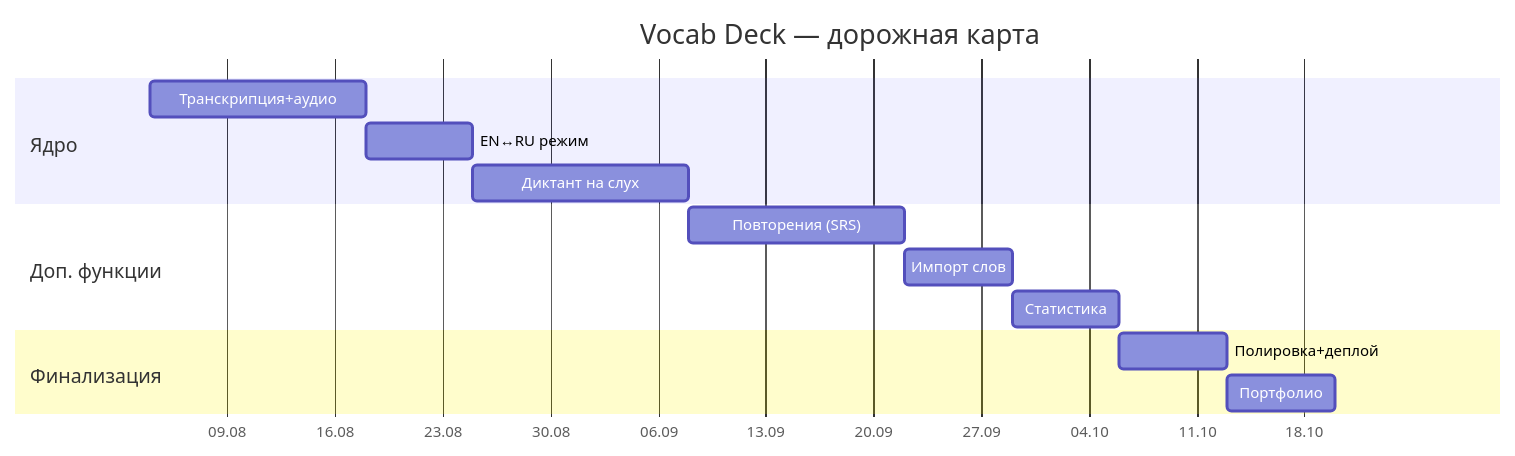
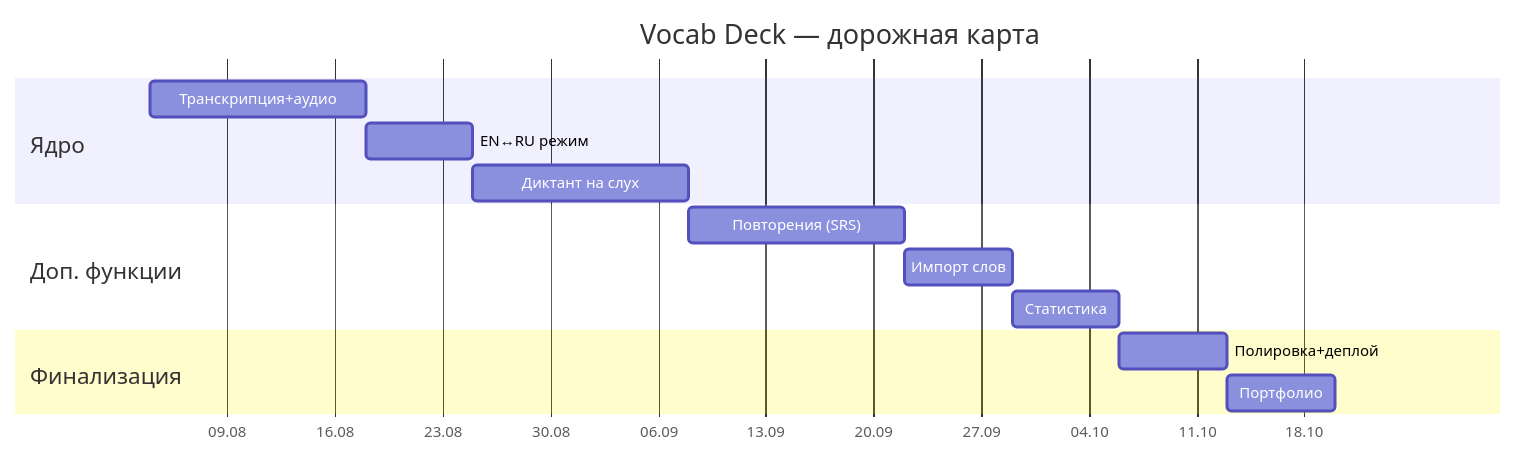
The diagram in ROADMAP.md (ImmPect/Vocab-deck), drawn with Mermaid before and after one commit.

````diff
--- a/ROADMAP.md
+++ b/ROADMAP.md
@@ -5,22 +5,22 @@
 ```mermaid
-%%{init: {'gantt': {'rightPadding': 220, 'leftPadding': 90, 'fontSize': 10, 'barHeight': 24, 'topPadding': 50, 'sectionFontSize': 13, 'numberSectionStyles': 3}}}%%
+%%{init: {'gantt': {'rightPadding': 220, 'leftPadding': 90, 'fontSize': 10, 'barHeight': 24, 'topPadding': 50, 'sectionFontSize': 15, 'numberSectionStyles': 3}}}%%
 gantt
     title Vocab Deck — дорожная карта
     dateFormat  YYYY-MM-DD
     axisFormat  %d.%m
     todayMarker off
 
     section Ядро
     Транскрипция+аудио   :a1, 2026-08-04, 14d
     EN↔RU режим          :a2, after a1, 7d
     Диктант на слух      :a3, after a2, 14d
 
     section Доп. функции
     Повторения (SRS)     :b1, after a3, 14d
     Импорт слов          :b2, after b1, 7d
     Статистика            :b3, after b2, 7d
 
     section Финализация
     Полировка+деплой     :c1, after b3, 7d
     Портфолио            :c2, after c1, 7d
 ```
````
